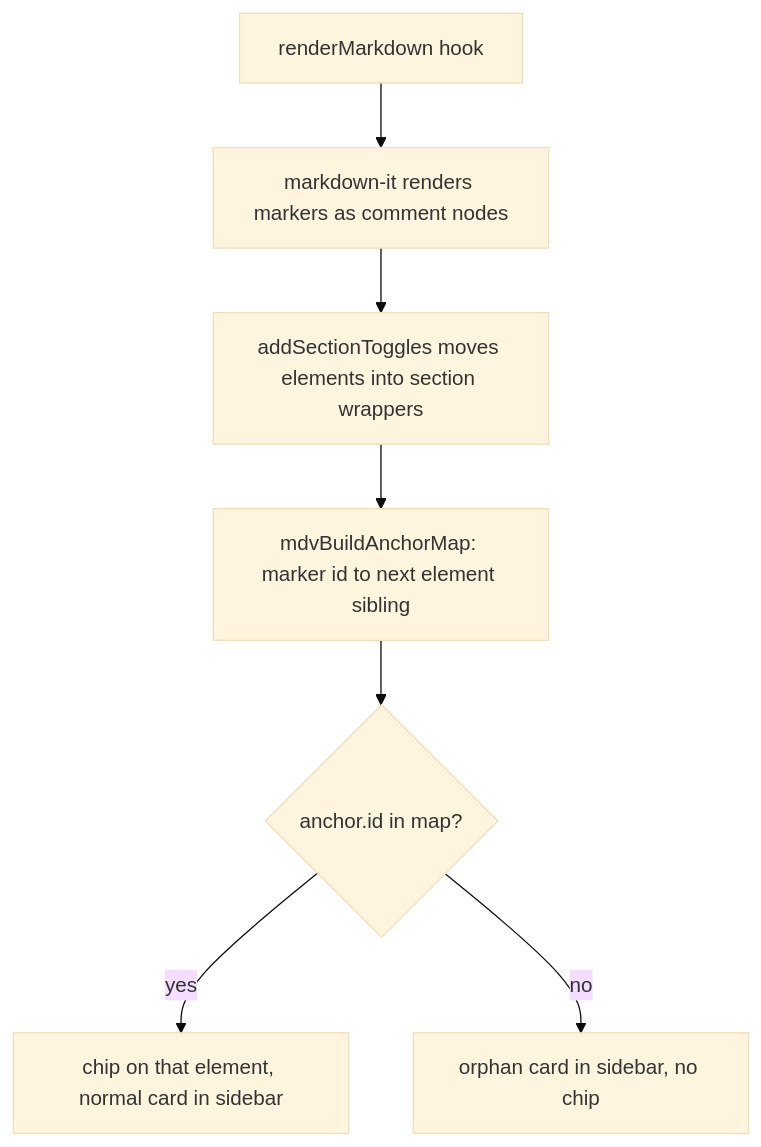
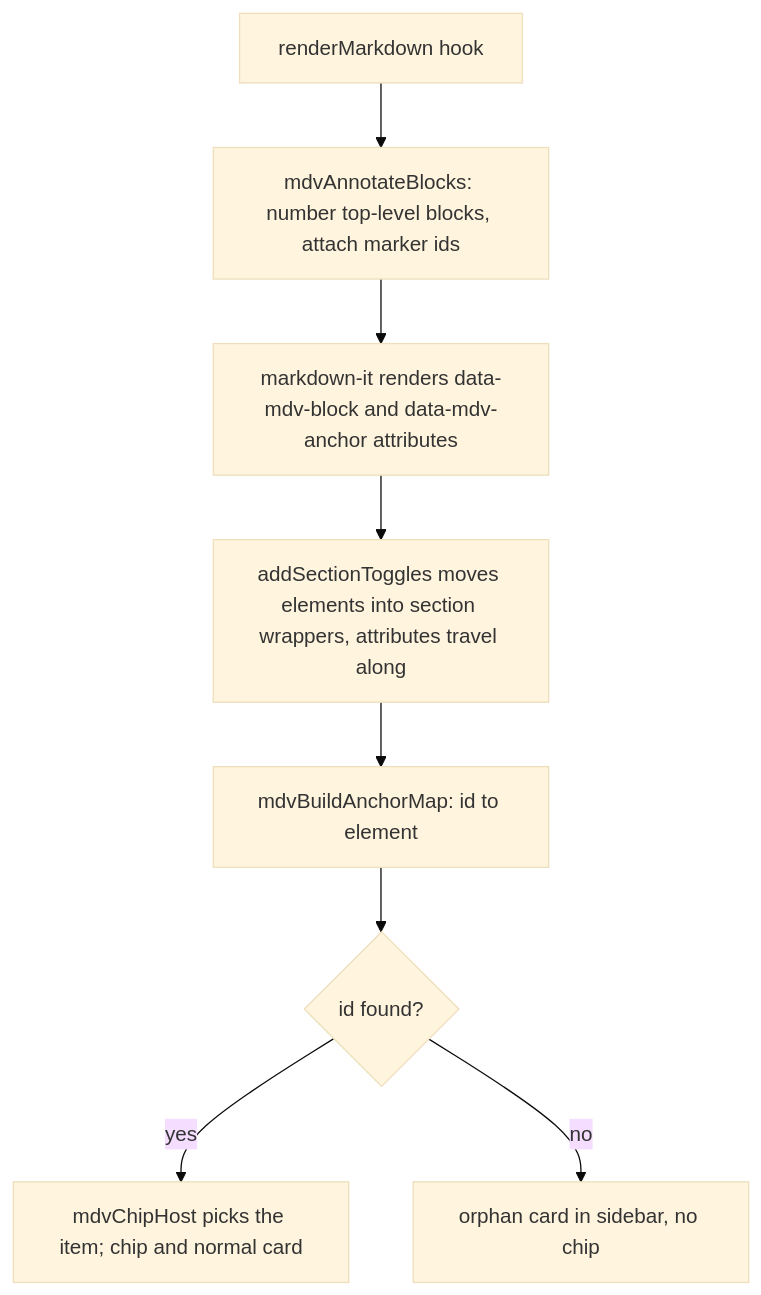
One commit to vikrantb/kites-markdown changed the first of 2 diagrams in docs/commenting.md. Above: the diagram before and after it, drawn with Mermaid (base theme). The commit also changed other lines of this file and 20 other files, not shown here.

````diff
--- a/docs/commenting.md
+++ b/docs/commenting.md
@@ -240,9 +249,10 @@
 ```mermaid
 flowchart TD
-  A[renderMarkdown hook] --> B[markdown-it renders markers as comment nodes]
-  B --> C[addSectionToggles moves elements into section wrappers]
-  C --> D[mdvBuildAnchorMap: marker id to next element sibling]
-  D --> E{anchor.id in map?}
-  E -- yes --> F[chip on that element, normal card in sidebar]
-  E -- no --> G[orphan card in sidebar, no chip]
+  A[renderMarkdown hook] --> B[mdvAnnotateBlocks: number top-level blocks, attach marker ids]
+  B --> C[markdown-it renders data-mdv-block and data-mdv-anchor attributes]
+  C --> D[addSectionToggles moves elements into section wrappers, attributes travel along]
+  D --> E[mdvBuildAnchorMap: id to element]
+  E --> F{id found?}
+  F -- yes --> G[mdvChipHost picks the item; chip and normal card]
+  F -- no --> H[orphan card in sidebar, no chip]
 ```
````
